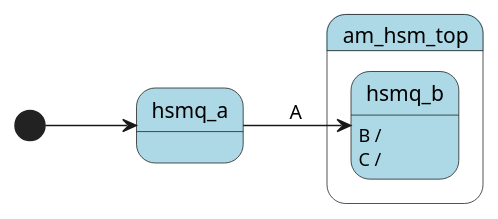
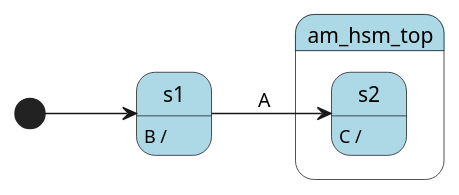
The third of 9 diagrams in libs/hsm/README.rst (adel-mamin/amast), drawn with PlantUML before and after one commit. The commit also changed other lines of this file and 1 other file, not shown here.

```diff
--- a/libs/hsm/README.rst
+++ b/libs/hsm/README.rst
@@ -544,20 +545,20 @@
 .. uml::
 
     @startuml
 
     left to right direction
 
-    [*] --> hsmq_a
+    [*] --> s1
 
     state am_hsm_top #LightBlue {
-        state hsmq_a #LightBlue
-        state hsmq_b #LightBlue {
+        state s1 #LightBlue
+        state s2 #LightBlue {
         }
 
-        hsmq_a --> hsmq_b : A
+        s1 --> s2 : A
     }
 
-    hsmq_b : B /
-    hsmq_b : C /
+    s1 : B /
+    s2 : C /
 
     @enduml
```
